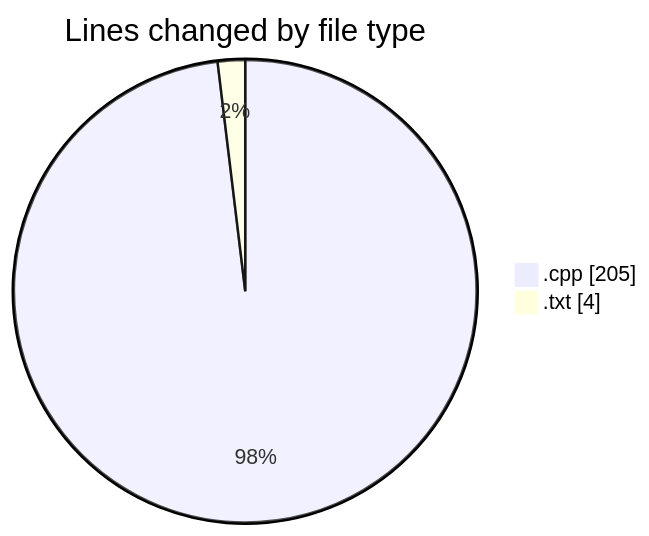
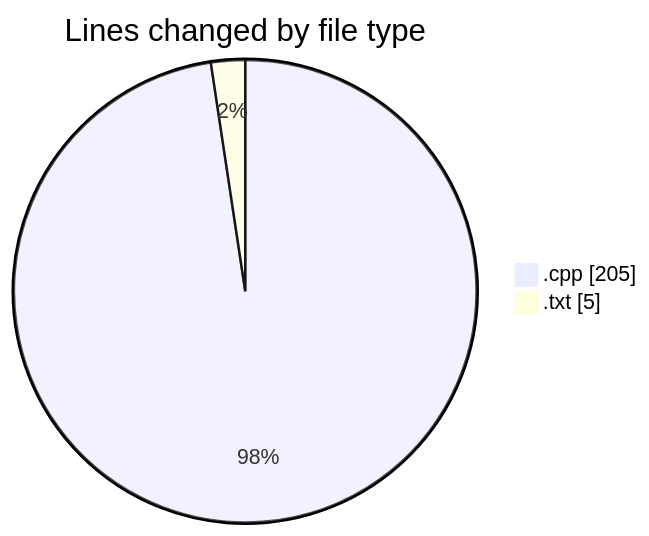
Before and after one commit to Ritupan-Deka/code-tracking: the first of 2 diagrams in 2025-06-20/ann_with_avk/README.md, drawn with Mermaid. The commit also changed other lines of this file and 1 other file, not shown here.

````diff
--- a/2025-06-20/ann_with_avk/README.md
+++ b/2025-06-20/ann_with_avk/README.md
@@ -21,6 +21,6 @@
 ```mermaid
 pie showData
 title Lines changed by file type
 ".cpp" : 205
-".txt" : 4
+".txt" : 5
 ```
````
